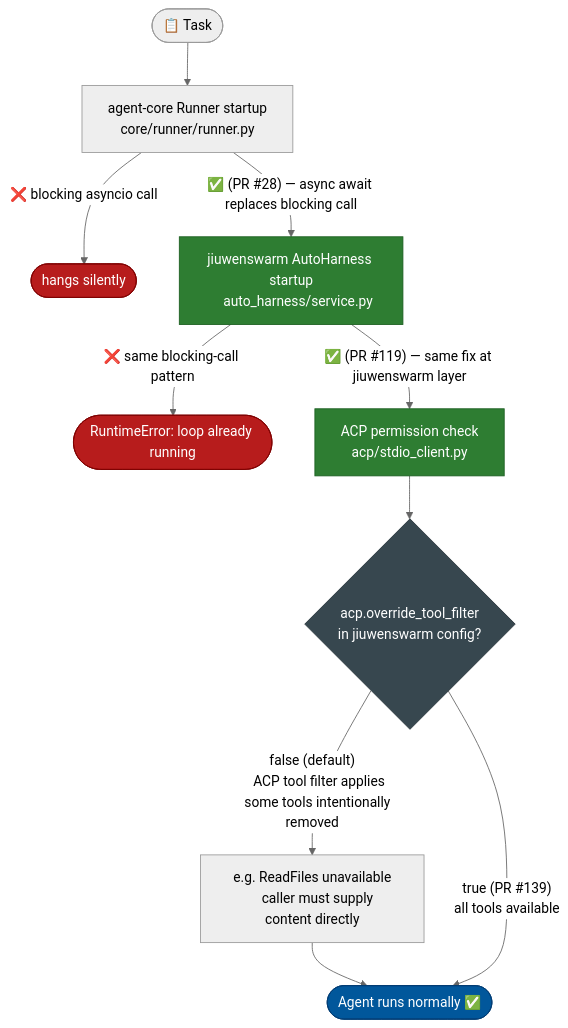
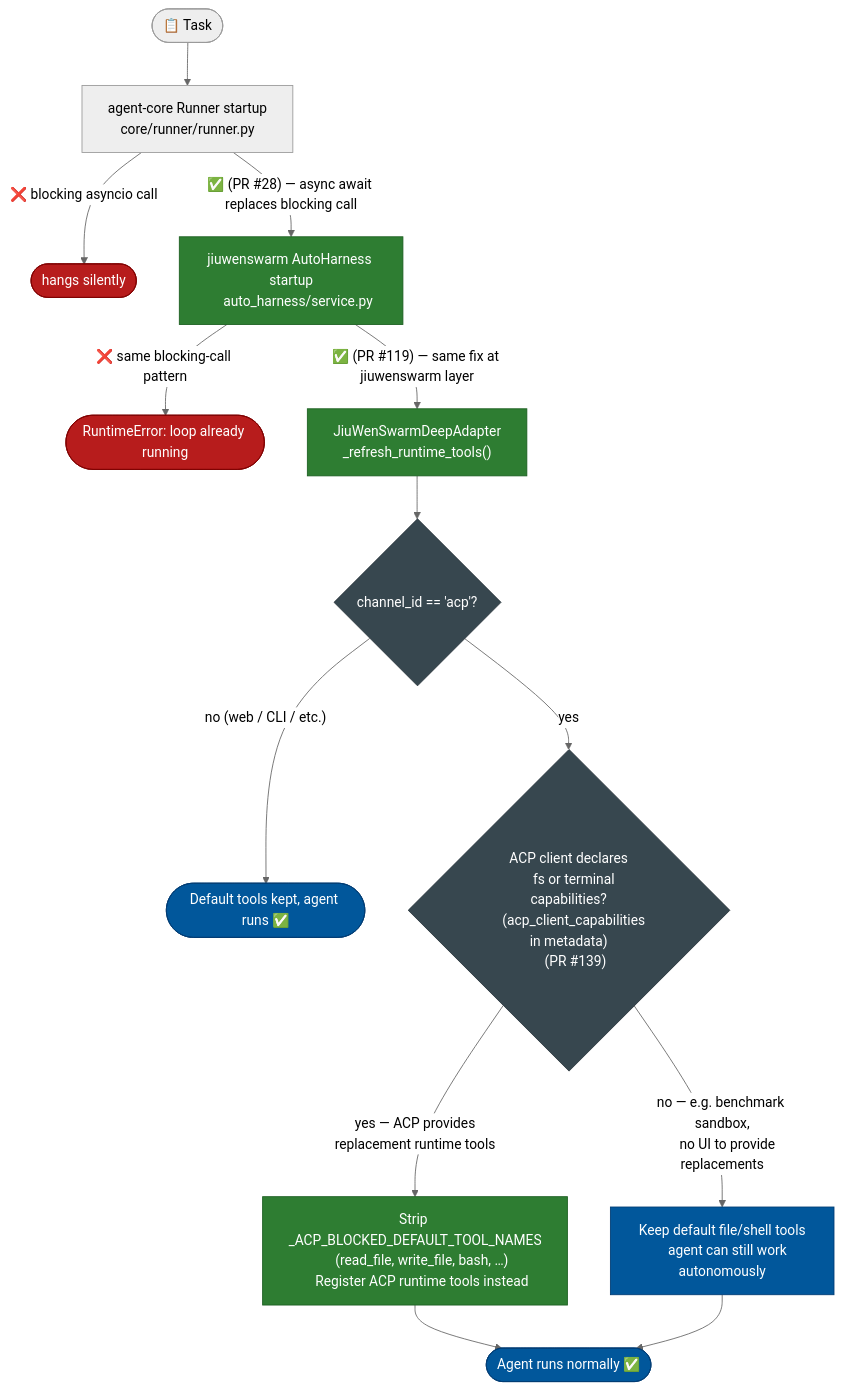
Before and after one commit to michaelatamuk/openjiuwen-jiuwenswarm: the first of 8 diagrams in docs-michael/Implementation.Overview.md, drawn with Mermaid (neutral theme). The commit also changed other lines of this file, not shown here.

Commit message:
Working on JiuwenSwarm

````diff
--- a/docs-michael/Implementation.Overview.md
+++ b/docs-michael/Implementation.Overview.md
@@ -141,32 +141,40 @@
 ```mermaid
 flowchart TD
     classDef fix  fill:#2E7D32,color:#fff,stroke:#1B5E20
     classDef fail fill:#B71C1C,color:#fff,stroke:#7f0000
     classDef ok   fill:#01579B,color:#fff,stroke:#003c74
     classDef cfg  fill:#37474F,color:#fff,stroke:#263238
 
     T(["📋 Task"])
 
     T --> AC["agent-core Runner startup
     core/runner/runner.py"]
 
     AC -->|"❌ blocking asyncio call"| H1(["hangs silently"]):::fail
     AC -->|"✅ (PR #28) — async await replaces blocking call"| JW["jiuwenswarm AutoHarness startup
     auto_harness/service.py"]:::fix
 
     JW -->|"❌ same blocking-call pattern"| H2(["RuntimeError: loop already running"]):::fail
-    JW -->|"✅ (PR #119) — same fix at jiuwenswarm layer"| ACP["ACP permission check
-    acp/stdio_client.py"]:::fix
+    JW -->|"✅ (PR #119) — same fix at jiuwenswarm layer"| ADP["JiuWenSwarmDeepAdapter
+    _refresh_runtime_tools()"]:::fix
 
-    ACP --> CFG{"acp.override_tool_filter
-    in jiuwenswarm config?"}:::cfg
+    ADP --> CH{"channel_id == 'acp'?"}:::cfg
 
-    CFG -->|"false (default)
-    ACP tool filter applies
-    some tools intentionally removed"| FILTER["e.g. ReadFiles unavailable
-    caller must supply content directly"]
-    FILTER --> RUN
+    CH -->|"no (web / CLI / etc.)"| RUN1(["Default tools kept, agent runs ✅"]):::ok
 
-    CFG -->|"true  (PR #139)
-    all tools available"| RUN(["Agent runs normally ✅"]):::ok
+    CH -->|"yes"| CAP{"ACP client declares
+    fs or terminal capabilities?
+    (acp_client_capabilities in metadata)
+    (PR #139)"}:::cfg
+
+    CAP -->|"yes — ACP provides
+    replacement runtime tools"| STRIP["Strip _ACP_BLOCKED_DEFAULT_TOOL_NAMES
+    (read_file, write_file, bash, …)
+    Register ACP runtime tools instead"]:::fix
+
+    CAP -->|"no — e.g. benchmark sandbox,
+    no UI to provide replacements"| KEEP["Keep default file/shell tools
+    agent can still work autonomously"]:::ok
+
+    STRIP & KEEP --> RUN2(["Agent runs normally ✅"]):::ok
 ```
````
